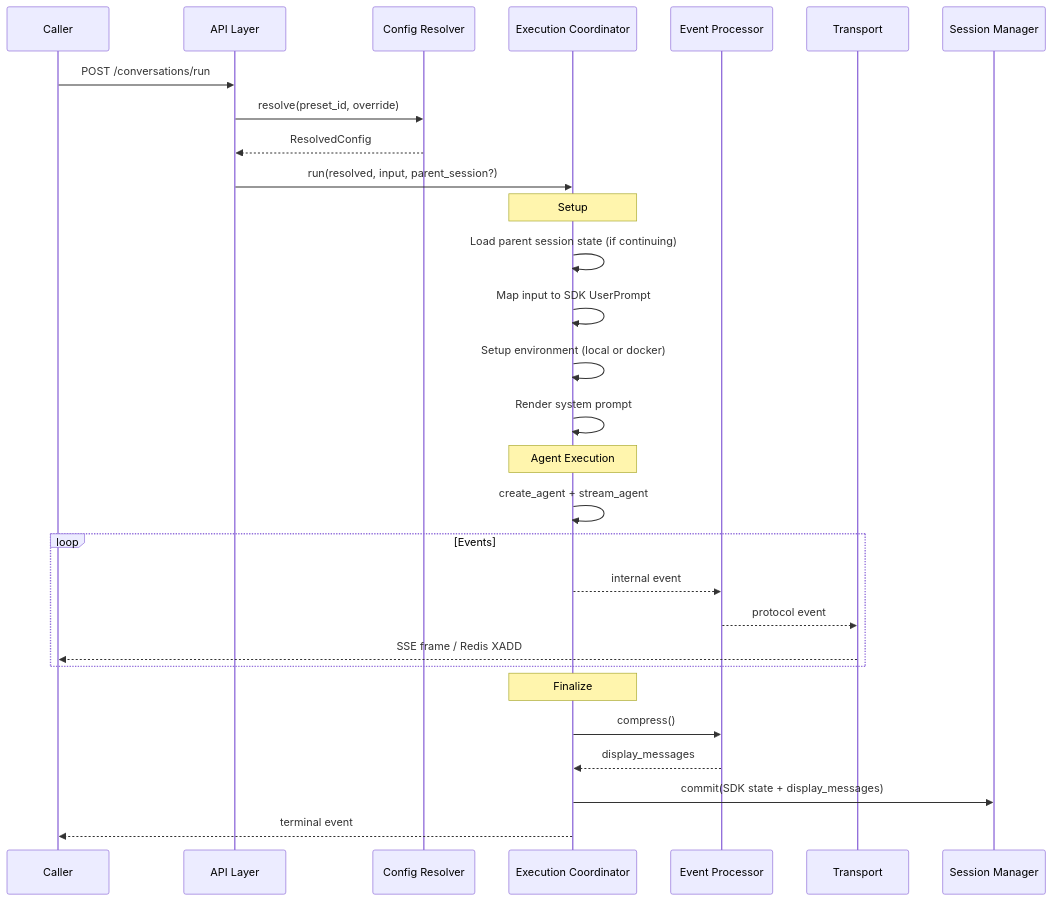
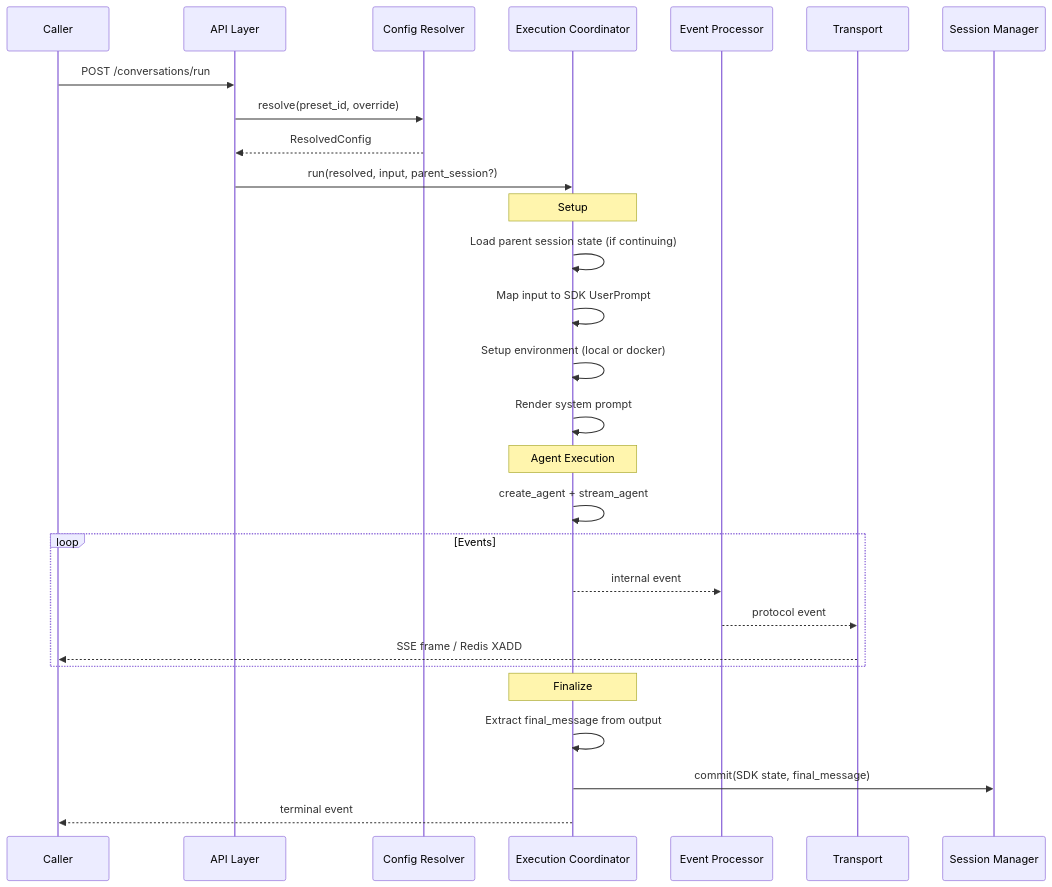
The first of 4 diagrams in spec/agent_runtime/03-execution.md (Wh1isper/netherbrain), drawn with Mermaid before and after one commit. The commit also changed other lines of this file and 15 other files, not shown here.

````diff
--- a/spec/agent_runtime/03-execution.md
+++ b/spec/agent_runtime/03-execution.md
@@ -7,36 +7,35 @@
 ```mermaid
 sequenceDiagram
     participant C as Caller
     participant API as API Layer
     participant RES as Config Resolver
     participant EC as Execution Coordinator
     participant EP as Event Processor
     participant TP as Transport
     participant SM as Session Manager
 
     C->>API: POST /conversations/run
     API->>RES: resolve(preset_id, override)
     RES-->>API: ResolvedConfig
 
     API->>EC: run(resolved, input, parent_session?)
 
     Note over EC: Setup
     EC->>EC: Load parent session state (if continuing)
     EC->>EC: Map input to SDK UserPrompt
     EC->>EC: Setup environment (local or docker)
     EC->>EC: Render system prompt
 
     Note over EC: Agent Execution
     EC->>EC: create_agent + stream_agent
     loop Events
         EC-->>EP: internal event
         EP-->>TP: protocol event
         TP-->>C: SSE frame / Redis XADD
     end
 
     Note over EC: Finalize
-    EC->>EP: compress()
-    EP-->>EC: display_messages
-    EC->>SM: commit(SDK state + display_messages)
+    EC->>EC: Extract final_message from output
+    EC->>SM: commit(SDK state, final_message)
     EC-->>C: terminal event
 ```
````
